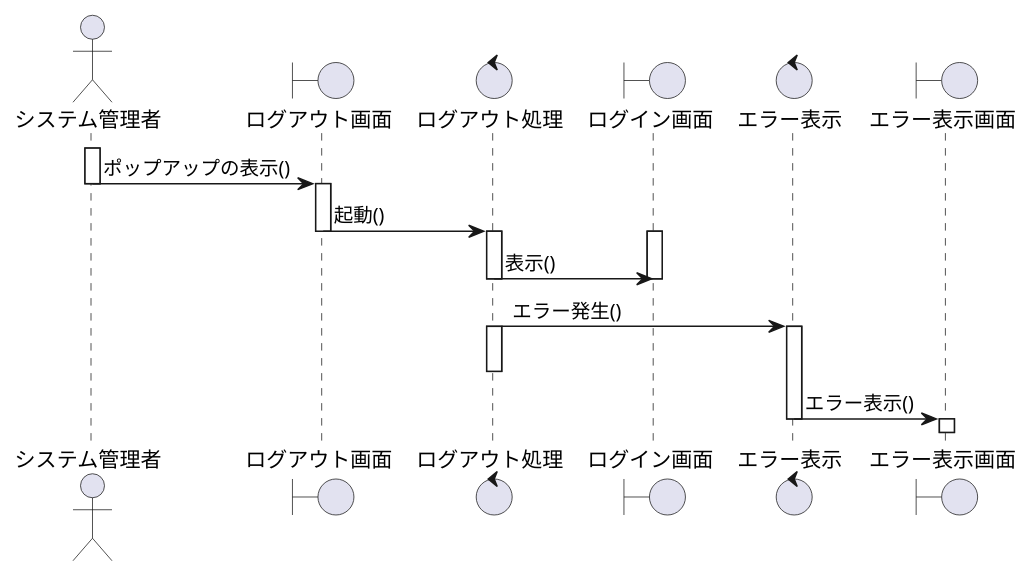
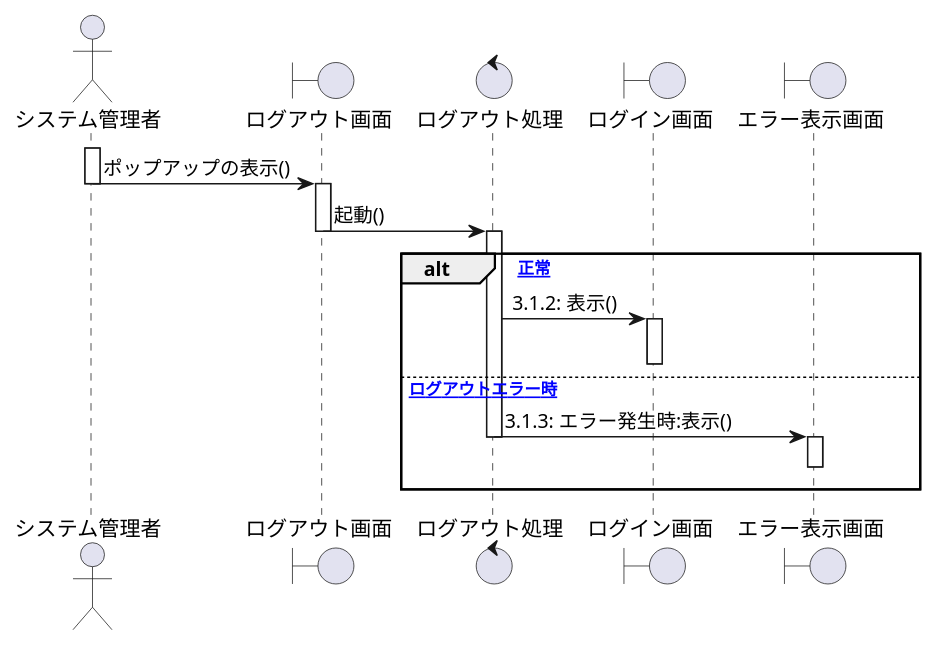
Before and after one commit to ksw2270227/GroupF: the third of 6 diagrams in System.plantuml, drawn with PlantUML. The commit also changed other lines of this file and 1 other file, not shown here.

```diff
--- a/System.plantuml
+++ b/System.plantuml
@@ -117,28 +118,30 @@
 @startuml ログアウトシーケンス図
 actor システム管理者
 boundary "ログアウト画面" as out
 control "ログアウト処理" as process
 boundary "ログイン画面" as in
-control "エラー表示" as error
+' control "エラー表示" as error
 boundary "エラー表示画面" as errorscreen
 
 activate システム管理者
 システム管理者 -> out:ポップアップの表示()
 deactivate システム管理者
 activate out
 out -> process:起動()
 deactivate out
 activate process
+
+
+alt [正常]
+    process -> in :3.1.2: 表示()
 activate in
-process -> in:表示()
+deactivate in
+else [ログアウトエラー時]
+    process -> errorscreen :3.1.3: エラー発生時:表示()
 deactivate process
-deactivate in
-process -> error:エラー発生()
-activate process
-deactivate process
-activate error
-error -> errorscreen:エラー表示()
-deactivate error
 activate errorscreen
+errorscreen -[hidden]-> errorscreen
 deactivate errorscreen
+end
+
 @enduml
```
